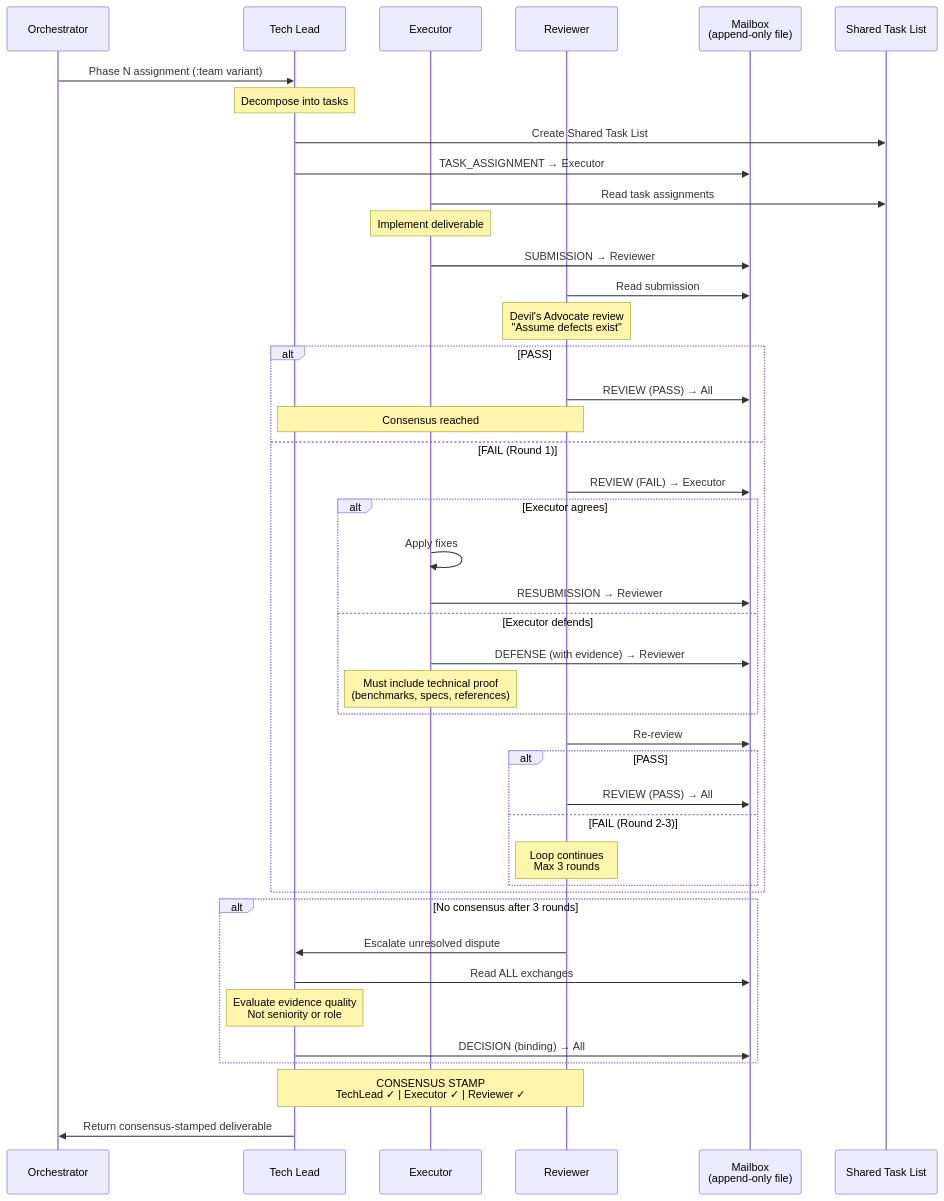
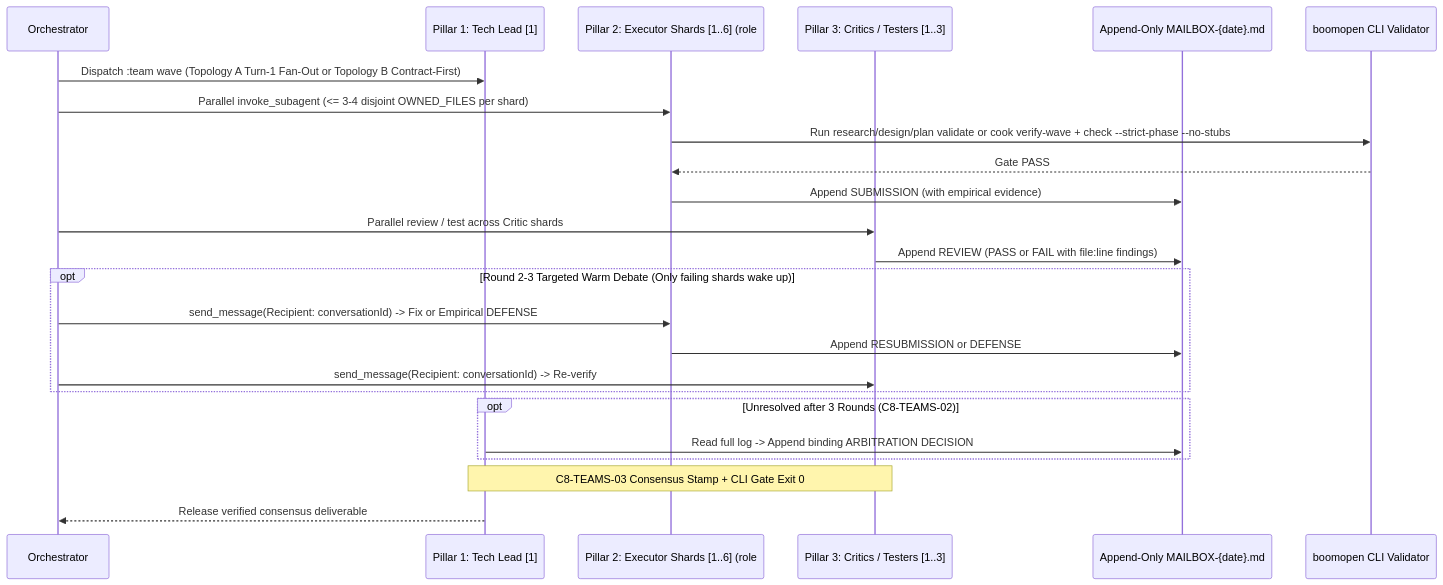
The fourth of 5 diagrams in documents/knowledge-architecture/03-data-flow.md (Kennyboom/BoomOpen-Workflow-Kit-Pro), drawn with Mermaid before and after one commit. The commit also changed other lines of this file and 302 other files, not shown here.

````diff
--- a/documents/knowledge-architecture/03-data-flow.md
+++ b/documents/knowledge-architecture/03-data-flow.md
@@ -230,55 +164,30 @@
 ```mermaid
 sequenceDiagram
     participant ORC as Orchestrator
-    participant TL as Tech Lead
-    participant EX as Executor
-    participant RV as Reviewer
-    participant MB as Mailbox<br/>(append-only file)
-    participant TK as Shared Task List
+    participant TL as Pillar 1: Tech Lead [1]
+    participant EX as Pillar 2: Executor Shards [1..6] (role#shard)
+    participant CR as Pillar 3: Critics / Testers [1..3]
+    participant MB as Append-Only MAILBOX-{date}.md
+    participant CLI as boomopen CLI Validator
 
-    ORC->>TL: Phase N assignment (:team variant)
-    
-    Note over TL: Decompose into tasks
-    TL->>TK: Create Shared Task List
-    TL->>MB: TASK_ASSIGNMENT → Executor
+    ORC->>TL: Dispatch :team wave (Topology A Turn-1 Fan-Out or Topology B Contract-First)
+    ORC->>EX: Parallel invoke_subagent (<= 3-4 disjoint OWNED_FILES per shard)
+    EX->>CLI: Run research/design/plan validate or cook verify-wave + check --strict-phase --no-stubs
+    CLI-->>EX: Gate PASS
+    EX->>MB: Append SUBMISSION (with empirical evidence)
+    ORC->>CR: Parallel review / test across Critic shards
+    CR->>MB: Append REVIEW (PASS or FAIL with file:line findings)
 
-    EX->>TK: Read task assignments
-    Note over EX: Implement deliverable
-    EX->>MB: SUBMISSION → Reviewer
-
-    RV->>MB: Read submission
-    Note over RV: Devil's Advocate review<br/>"Assume defects exist"
-    
-    alt PASS
-        RV->>MB: REVIEW (PASS) → All
-        Note over TL,RV: Consensus reached
-    else FAIL (Round 1)
-        RV->>MB: REVIEW (FAIL) → Executor
-        
-        alt Executor agrees
-            EX->>EX: Apply fixes
-            EX->>MB: RESUBMISSION → Reviewer
-        else Executor defends
-            EX->>MB: DEFENSE (with evidence) → Reviewer
-            Note over EX: Must include technical proof<br/>(benchmarks, specs, references)
-        end
-        
-        RV->>MB: Re-review
-        
-        alt PASS
-            RV->>MB: REVIEW (PASS) → All
-        else FAIL (Round 2-3)
-            Note over RV: Loop continues<br/>Max 3 rounds
-        end
+    opt Round 2-3 Targeted Warm Debate (Only failing shards wake up)
+        ORC->>EX: send_message(Recipient: conversationId) -> Fix or Empirical DEFENSE
+        EX->>MB: Append RESUBMISSION or DEFENSE
+        ORC->>CR: send_message(Recipient: conversationId) -> Re-verify
     end
 
-    alt No consensus after 3 rounds
-        RV->>TL: Escalate unresolved dispute
-        TL->>MB: Read ALL exchanges
-        Note over TL: Evaluate evidence quality<br/>Not seniority or role
-        TL->>MB: DECISION (binding) → All
+    opt Unresolved after 3 Rounds (C8-TEAMS-02)
+        TL->>MB: Read full log -> Append binding ARBITRATION DECISION
     end
 
-    Note over TL,RV: CONSENSUS STAMP<br/>TechLead ✓ | Executor ✓ | Reviewer ✓
-    TL->>ORC: Return consensus-stamped deliverable
+    Note over TL,CR: C8-TEAMS-03 Consensus Stamp + CLI Gate Exit 0
+    TL-->>ORC: Release verified consensus deliverable
 ```
````
